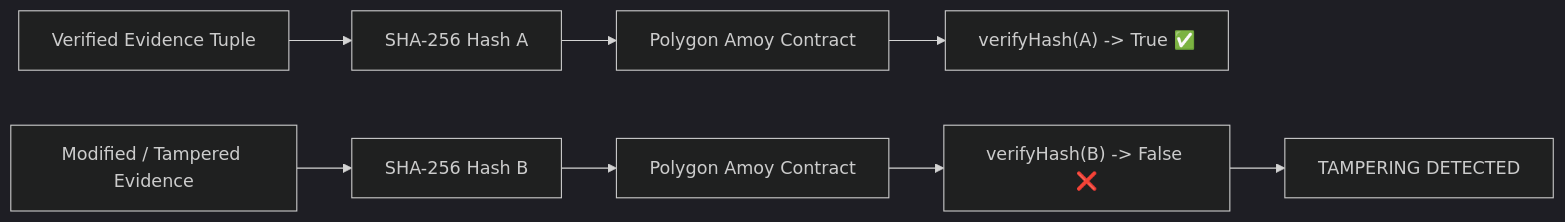
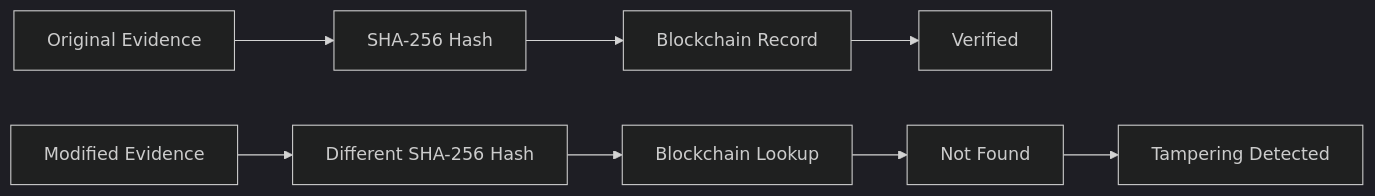
One commit to mohdasif-v1/hh-goa2026-task-03 changed the third of 3 diagrams in README.md. Above: the diagram before and after it, drawn with Mermaid (dark theme). The commit also changed other lines of this file, not shown here.

````diff
--- a/README.md
+++ b/README.md
@@ -200,11 +92,11 @@
 ```mermaid
 flowchart LR
-    A["Verified Evidence Tuple"] --> B["SHA-256 Hash A"]
-    B --> C["Polygon Amoy Contract"]
-    C --> D["verifyHash(A) -> True ✅"]
+    A[Original Evidence] --> B[SHA-256 Hash]
+    B --> C[Blockchain Record]
+    C --> D[Verified]
 
-    E["Modified / Tampered Evidence"] --> F["SHA-256 Hash B"]
-    F --> G["Polygon Amoy Contract"]
-    G --> H["verifyHash(B) -> False ❌"]
-    H --> I["TAMPERING DETECTED"]
+    E[Modified Evidence] --> F[Different SHA-256 Hash]
+    F --> G[Blockchain Lookup]
+    G --> H[Not Found]
+    H --> I[Tampering Detected]
 ```
````
